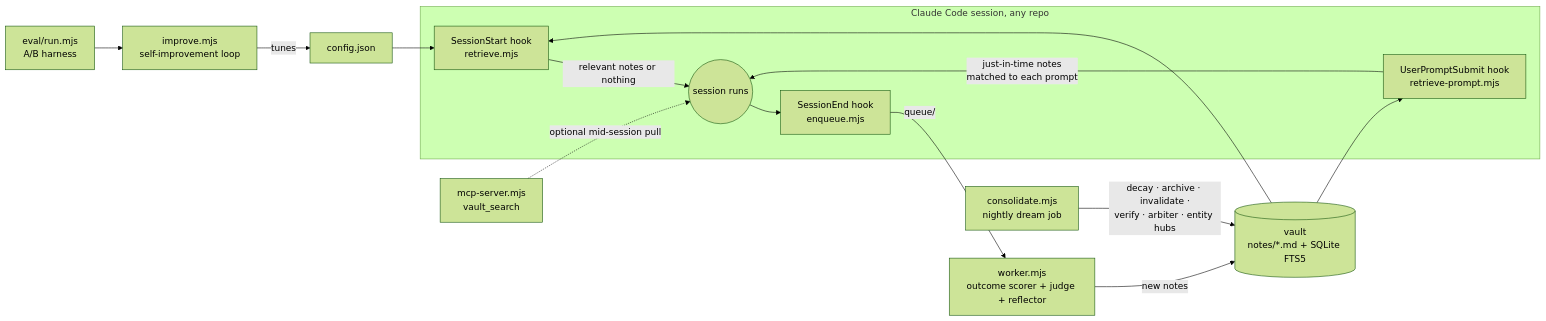
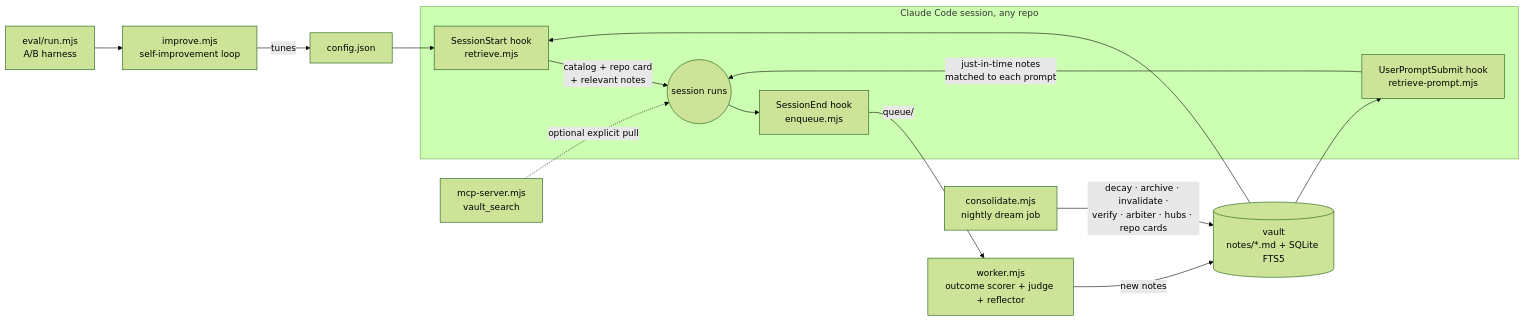
Before and after one commit to kirti34n/unified-mem: the diagram in README.md, drawn with Mermaid (forest theme). The commit also changed other lines of this file, not shown here.

````diff
--- a/README.md
+++ b/README.md
@@ -55,17 +69,17 @@
 ```mermaid
 flowchart LR
     subgraph session [Claude Code session, any repo]
-        A[SessionStart hook<br/>retrieve.mjs] -->|relevant notes or nothing| B((session runs))
+        A[SessionStart hook<br/>retrieve.mjs] -->|catalog + repo card<br/>+ relevant notes| B((session runs))
         P[UserPromptSubmit hook<br/>retrieve-prompt.mjs] -->|just-in-time notes<br/>matched to each prompt| B
         B --> C[SessionEnd hook<br/>enqueue.mjs]
     end
     C -->|queue/| D[worker.mjs<br/>outcome scorer + judge + reflector]
     D -->|new notes| V[(vault<br/>notes/*.md + SQLite FTS5)]
     V --> A
     V --> P
-    N[consolidate.mjs<br/>nightly dream job] -->|decay · archive · invalidate ·<br/>verify · arbiter · entity hubs| V
-    M[mcp-server.mjs<br/>vault_search] -.->|optional mid-session pull| B
+    N[consolidate.mjs<br/>nightly dream job] -->|decay · archive · invalidate ·<br/>verify · arbiter · hubs · repo cards| V
+    M[mcp-server.mjs<br/>vault_search] -.->|optional explicit pull| B
     E[eval/run.mjs<br/>A/B harness] --> I[improve.mjs<br/>self-improvement loop]
     I -->|tunes| K[config.json]
     K --> A
 ```
````
